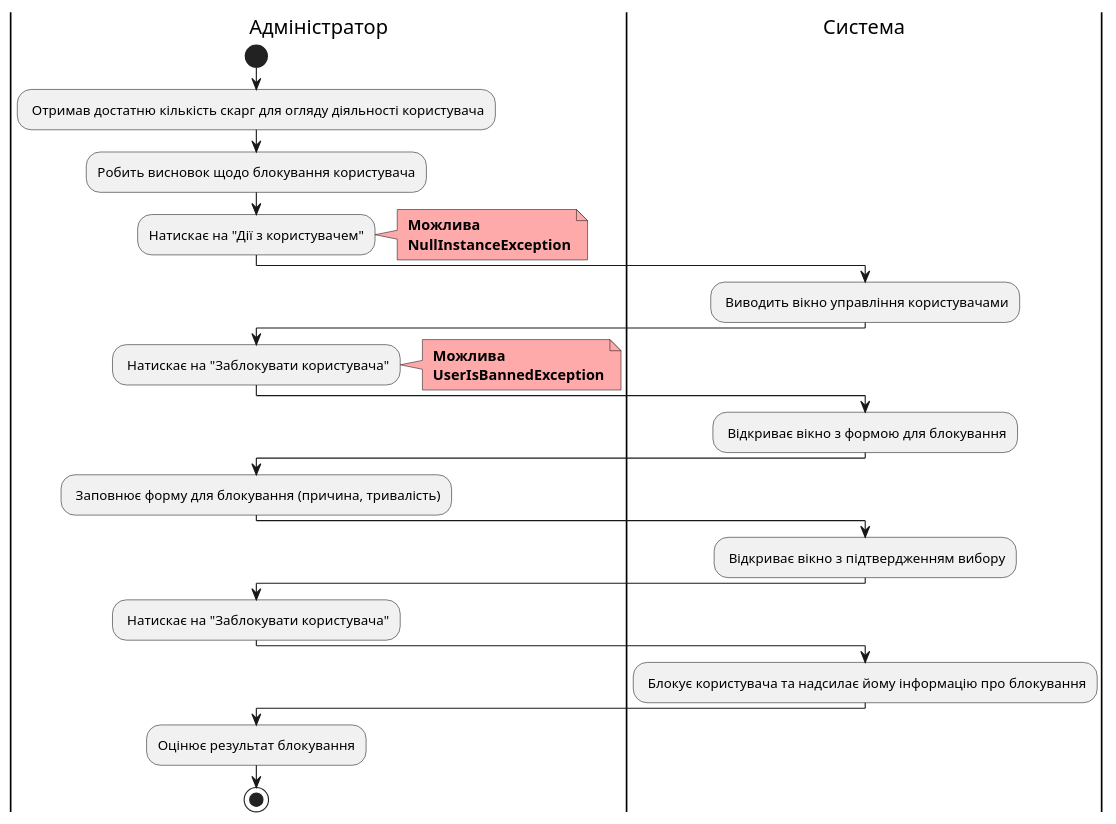
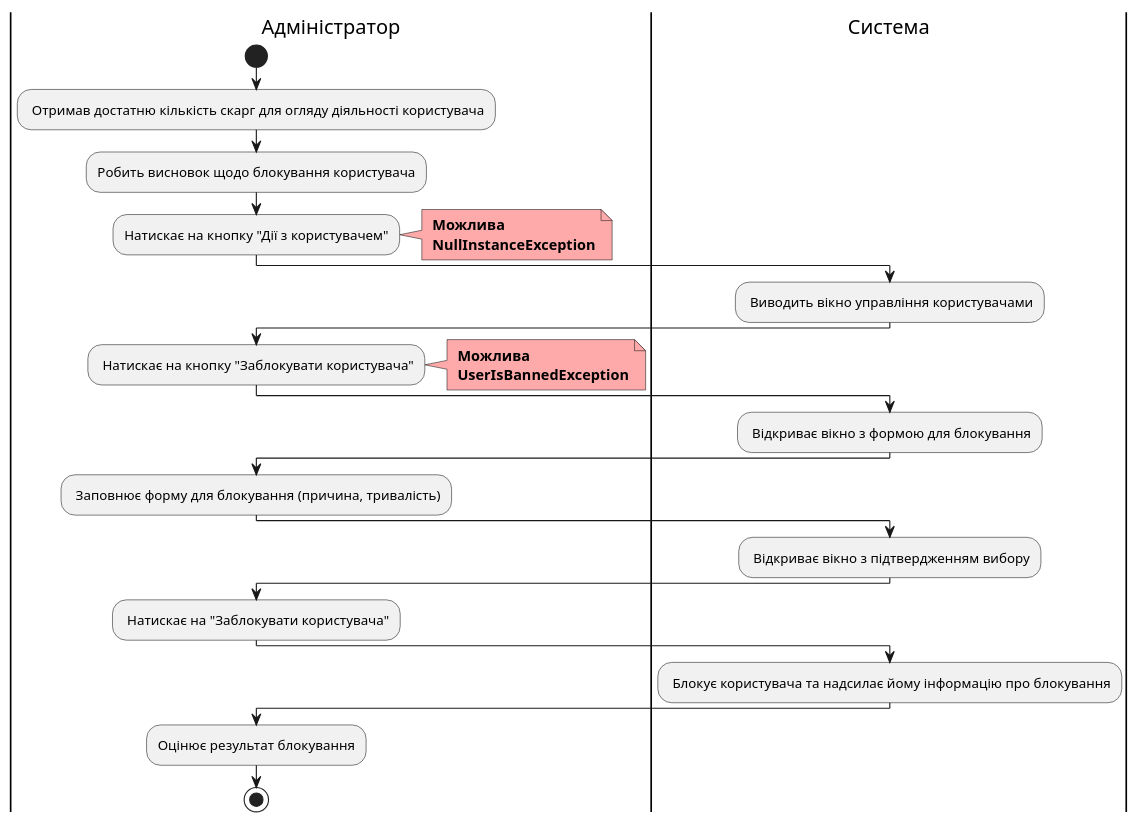
Diagram 21 of 23 in docs/use cases/README.md (witchkaa/databases-course-work), drawn with PlantUML before and after one commit. The commit also changed other lines of this file and 1 other file, not shown here.

```diff
--- a/docs/use cases/README.md
+++ b/docs/use cases/README.md
@@ -842,47 +842,47 @@
 @startuml
 
     |Адміністратор|
     start;
     : Отримав достатню кількість скарг для огляду діяльності користувача;
 
     |Адміністратор|
     :Робить висновок щодо блокування користувача;
 
     |Адміністратор|
-    :Натискає на "Дії з користувачем";
+    :Натискає на кнопку "Дії з користувачем";
     note right #ffaaaa
     <b> Можлива
     <b> NullInstanceException
     end note
 
     |Система|
     : Виводить вікно управління користувачами;
 
     |Адміністратор|
-    : Натискає на "Заблокувати користувача";
+    : Натискає на кнопку "Заблокувати користувача";
     note right #ffaaaa
     <b> Можлива
     <b> UserIsBannedException
     end note
 
     |Система|
     : Відкриває вікно з формою для блокування;
 
     |Адміністратор|
     : Заповнює форму для блокування (причина, тривалість);
 
     |Система|
     : Відкриває вікно з підтвердженням вибору;
 
     |Адміністратор|
     : Натискає на "Заблокувати користувача";
 
     |Система|
     : Блокує користувача та надсилає йому інформацію про блокування;
 
     |Адміністратор|
     :Оцінює результат блокування;
 
     |Адміністратор|
     stop;
 @enduml
```
